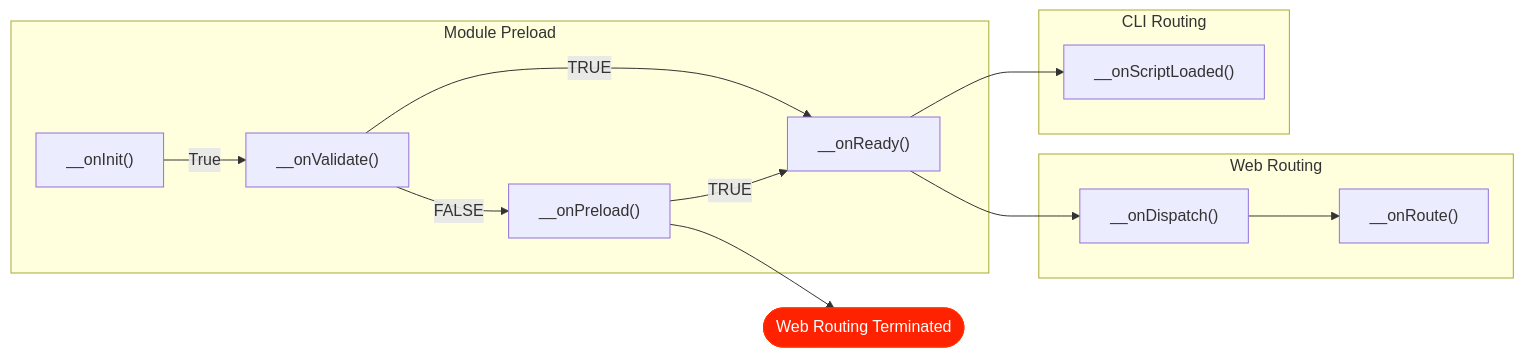
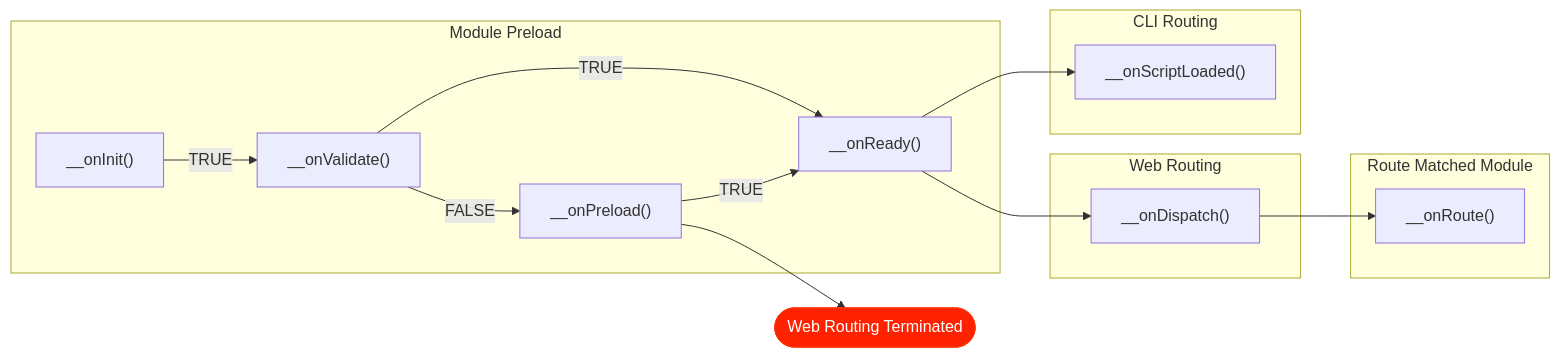
The diagram in readme.md (RayFungHK/Razy), drawn with Mermaid before and after one commit.

````diff
--- a/readme.md
+++ b/readme.md
@@ -539,18 +539,20 @@
 ```mermaid
 flowchart LR;
     subgraph ide1 [Module Preload]
-    A["__onInit()"] -- True --> B["__onValidate()"];
+    A["__onInit()"] -- TRUE --> B["__onValidate()"];
     B --  TRUE --> C["__onReady()"];
     B -- FALSE --> D["__onPreload()"];
     D -- TRUE --> C
     end
     subgraph ide2 [Web Routing]
     C --> F["__onDispatch()"];
+    end
+    subgraph ide2b [Route Matched Module]
     F --> G["__onRoute()"];
     end
     subgraph ide3 [CLI Routing]
     C --> H["__onScriptLoaded()"];
     end
     D --> E(["Web Routing Terminated"]):::terminated
     classDef terminated fill:#FF2200,stroke:#fF3300,color:#fff
 ```
````
